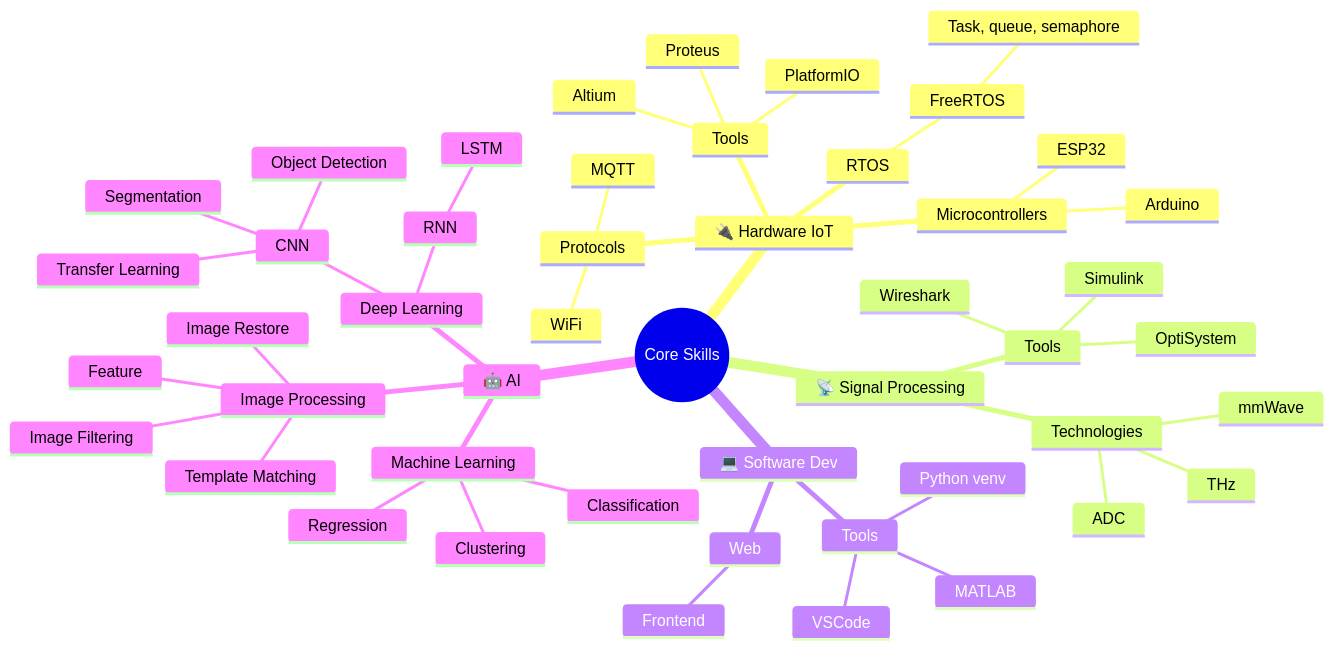
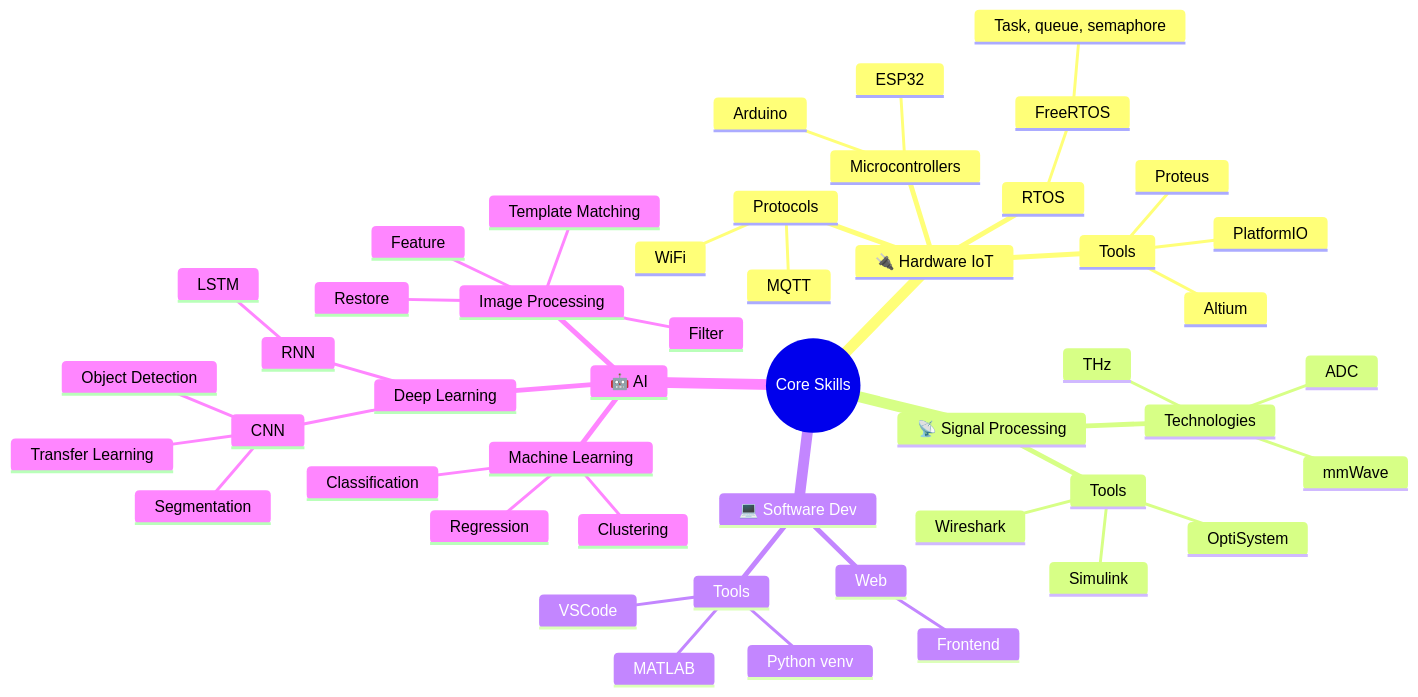
Before and after one commit to bathanh0309/bathanh0309: the diagram in README.md, drawn with Mermaid.

````diff
--- a/README.md
+++ b/README.md
@@ -141,51 +141,51 @@
 ```mermaid
 mindmap
   root((Core Skills))
     🔌 Hardware IoT
       Microcontrollers
         ESP32
         Arduino
       RTOS
         FreeRTOS
           Task, queue, semaphore
       Protocols
         MQTT
         WiFi
       Tools
         PlatformIO
         Proteus
         Altium
     📡 Signal Processing
       Technologies
         mmWave
         THz
         ADC
       Tools
         Simulink
         OptiSystem
         Wireshark
     💻 Software Dev
       Web
         Frontend
       Tools
         VSCode
         MATLAB
         Python venv
     🤖 AI 
       Machine Learning
         Classification
         Regression
         Clustering
       Deep Learning
         CNN
           Segmentation
           Object Detection
           Transfer Learning
         RNN
           LSTM
       Image Processing
         Feature
-        Image Filtering
-        Image Restore
+        Filter
+        Restore
         Template Matching
 ```
````
